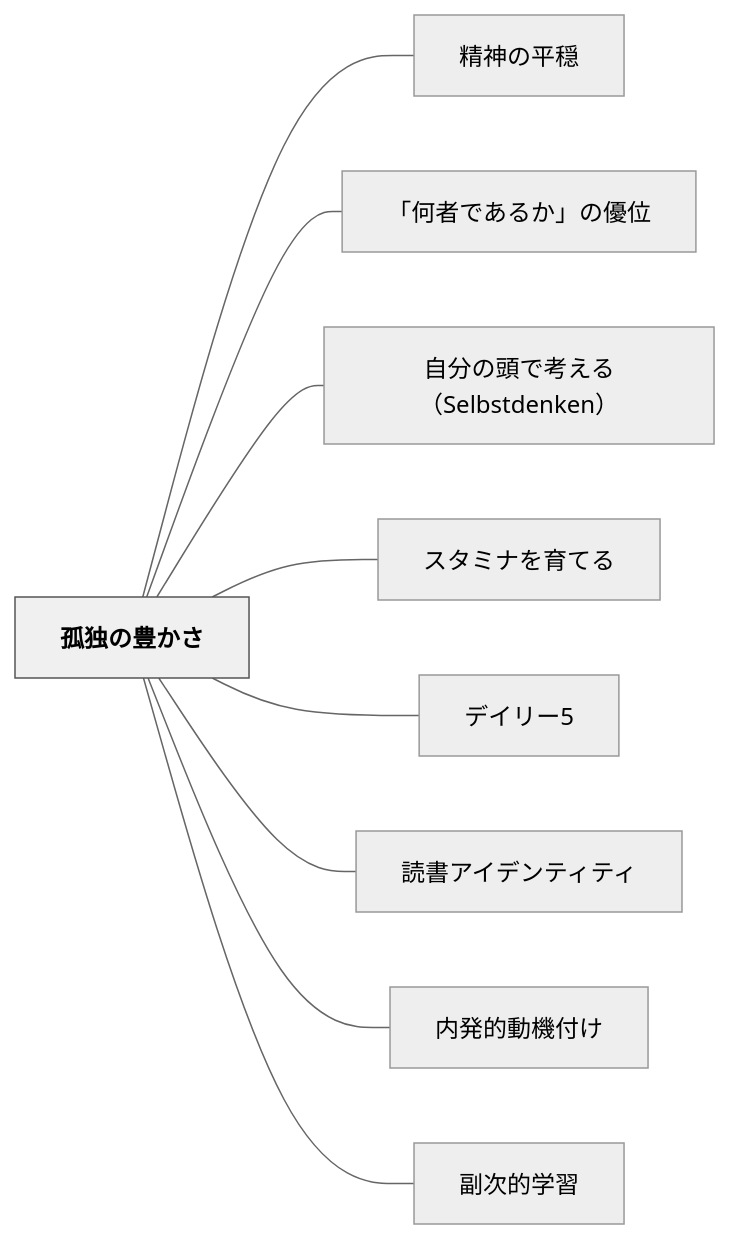
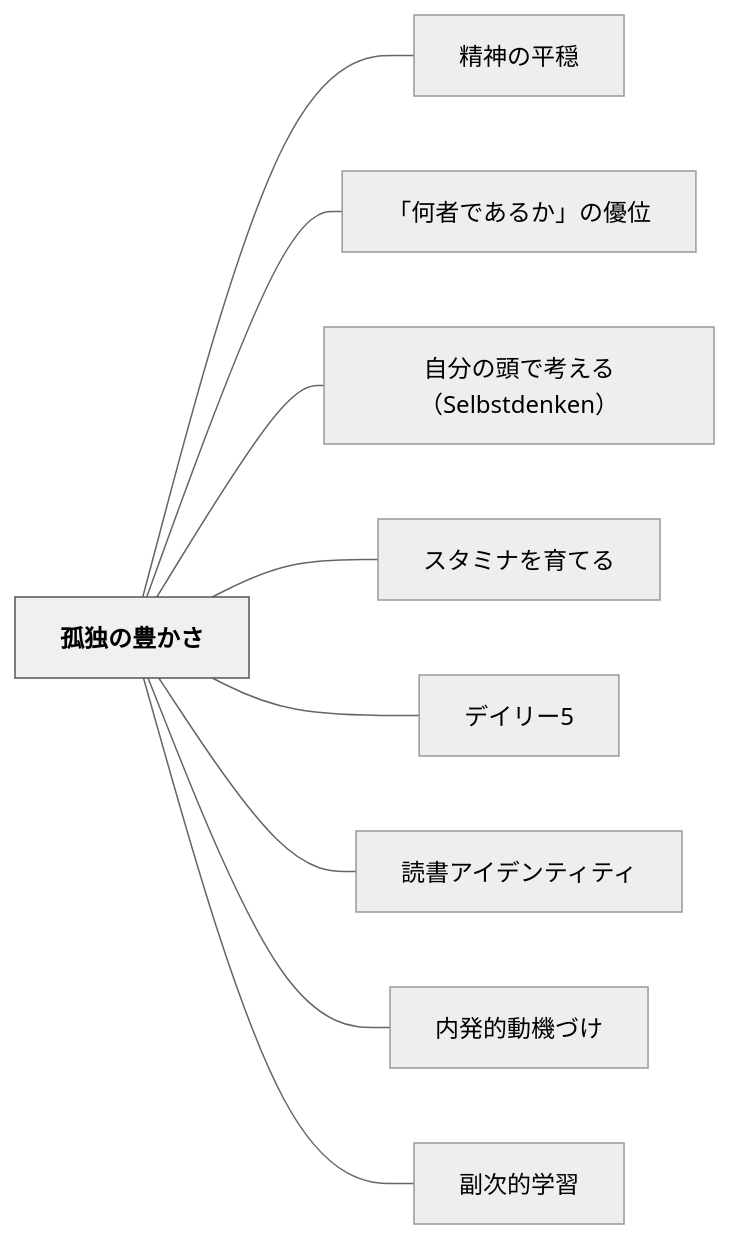
The diagram in content/パタン/孤独の豊かさ.md (unknownthings-ed-patterns/unknownthings-ed-patterns), drawn with Mermaid (neutral theme) before and after one commit. The commit also changed other lines of this file and 234 other files, not shown here.

````diff
--- a/content/パタン/孤独の豊かさ.md
+++ b/content/パタン/孤独の豊かさ.md
@@ -110,24 +110,24 @@
 ```mermaid
 flowchart LR
     ne5ada4e78bace381aee8b18ae3818be38195["孤独の豊かさ"]
     ne7b2bee7a59ee381aee5b9b3e7a98f["精神の平穏"]
     ne3808ce4bd95e88085e381a7e38182e3828be3818be3808de381aee584aae4bd8d["「何者であるか」の優位"]
     ne887aae58886e381aee9a0ade381a7e88083e38188e3828befbc8853656c62737464656e6b656eefbc89["自分の頭で考える（Selbstdenken）"]
     ne382b9e382bfe3839fe3838ae38292e882b2e381a6e3828b["スタミナを育てる"]
     ne38387e382a4e383aae383bc35["デイリー5"]
     ne8aaade69bb8e382a2e382a4e38387e383b3e38386e382a3e38386e382a3["読書アイデンティティ"]
-    ne58685e799bae79a84e58b95e6a99fe4bb98e38191["内発的動機付け"]
+    ne58685e799bae79a84e58b95e6a99fe381a5e38191["内発的動機づけ"]
     ne589afe6aca1e79a84e5ada6e7bf92["副次的学習"]
 
     ne5ada4e78bace381aee8b18ae3818be38195 --- ne7b2bee7a59ee381aee5b9b3e7a98f
     ne5ada4e78bace381aee8b18ae3818be38195 --- ne3808ce4bd95e88085e381a7e38182e3828be3818be3808de381aee584aae4bd8d
     ne5ada4e78bace381aee8b18ae3818be38195 --- ne887aae58886e381aee9a0ade381a7e88083e38188e3828befbc8853656c62737464656e6b656eefbc89
     ne5ada4e78bace381aee8b18ae3818be38195 --- ne382b9e382bfe3839fe3838ae38292e882b2e381a6e3828b
     ne5ada4e78bace381aee8b18ae3818be38195 --- ne38387e382a4e383aae383bc35
     ne5ada4e78bace381aee8b18ae3818be38195 --- ne8aaade69bb8e382a2e382a4e38387e383b3e38386e382a3e38386e382a3
-    ne5ada4e78bace381aee8b18ae3818be38195 --- ne58685e799bae79a84e58b95e6a99fe4bb98e38191
+    ne5ada4e78bace381aee8b18ae3818be38195 --- ne58685e799bae79a84e58b95e6a99fe381a5e38191
     ne5ada4e78bace381aee8b18ae3818be38195 --- ne589afe6aca1e79a84e5ada6e7bf92
 
     classDef hub fill:#f0f0f0,stroke:#555,color:#000,font-weight:bold
     class ne5ada4e78bace381aee8b18ae3818be38195 hub
 ```
````
